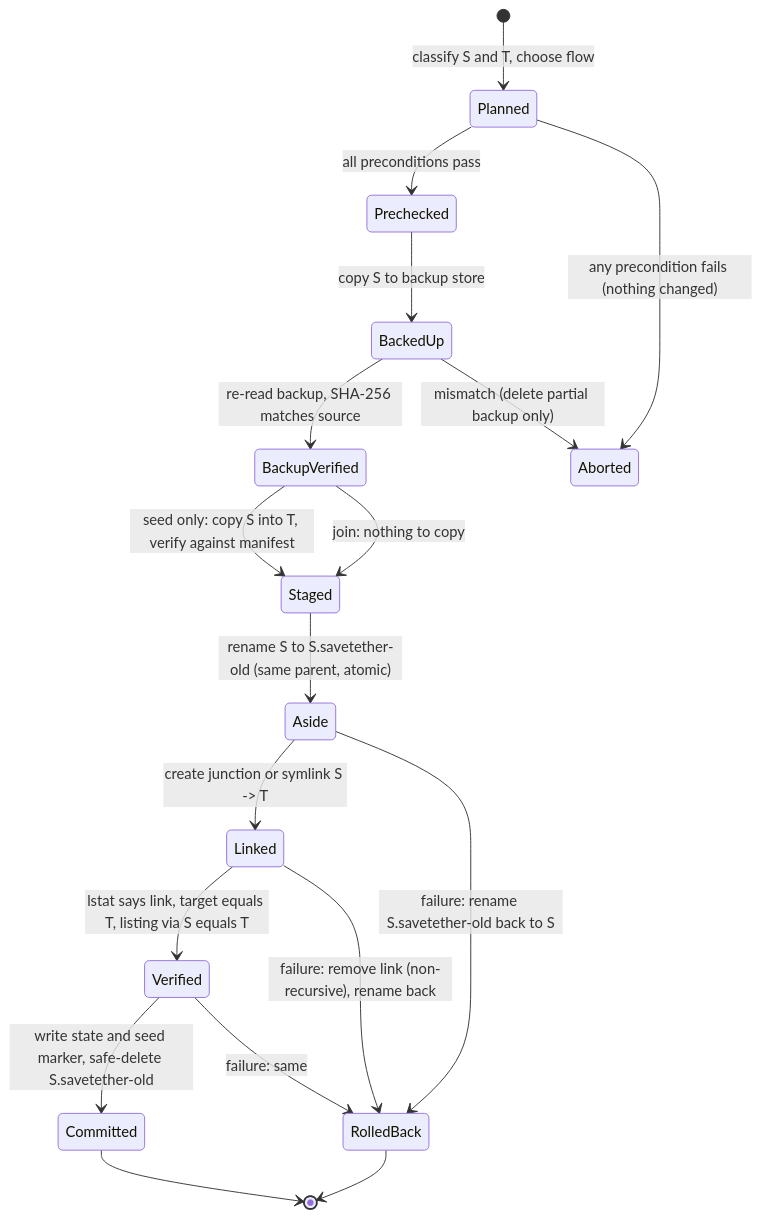
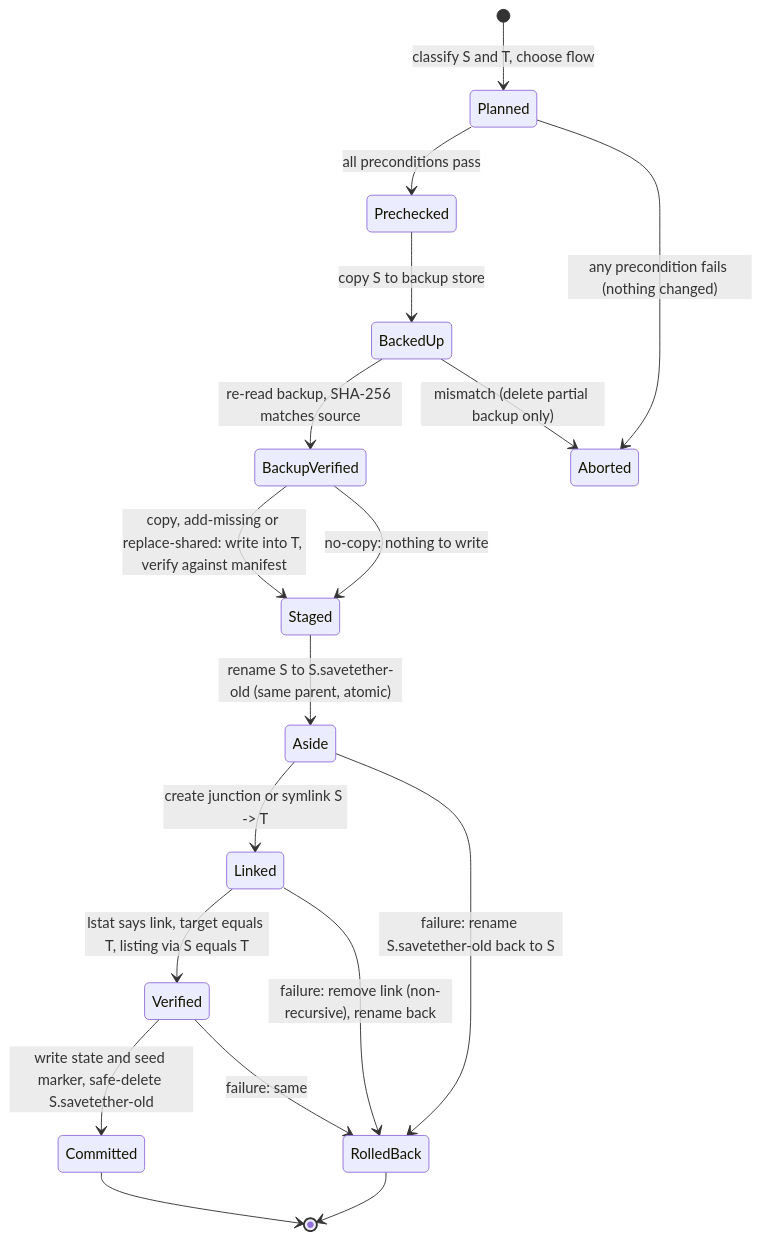
Before and after one commit to carlocgc/SaveTether: the second of 2 diagrams in docs/design/save-redirection-design.md, drawn with Mermaid. The commit also changed other lines of this file, not shown here.

````diff
--- a/docs/design/save-redirection-design.md
+++ b/docs/design/save-redirection-design.md
@@ -485,21 +499,21 @@
 ```mermaid
 stateDiagram-v2
   [*] --> Planned: classify S and T, choose flow
   Planned --> Prechecked: all preconditions pass
   Planned --> Aborted: any precondition fails (nothing changed)
   Prechecked --> BackedUp: copy S to backup store
   BackedUp --> BackupVerified: re-read backup, SHA-256 matches source
   BackedUp --> Aborted: mismatch (delete partial backup only)
-  BackupVerified --> Staged: seed only: copy S into T, verify against manifest
-  BackupVerified --> Staged: join: nothing to copy
+  BackupVerified --> Staged: copy, add-missing or replace-shared: write into T, verify against manifest
+  BackupVerified --> Staged: no-copy: nothing to write
   Staged --> Aside: rename S to S.savetether-old (same parent, atomic)
   Aside --> Linked: create junction or symlink S -> T
   Linked --> Verified: lstat says link, target equals T, listing via S equals T
   Verified --> Committed: write state and seed marker, safe-delete S.savetether-old
   Committed --> [*]
 
   Aside --> RolledBack: failure: rename S.savetether-old back to S
   Linked --> RolledBack: failure: remove link (non-recursive), rename back
   Verified --> RolledBack: failure: same
   RolledBack --> [*]
 ```
````
